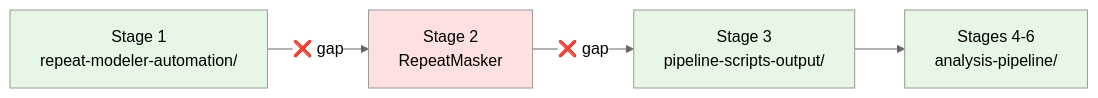
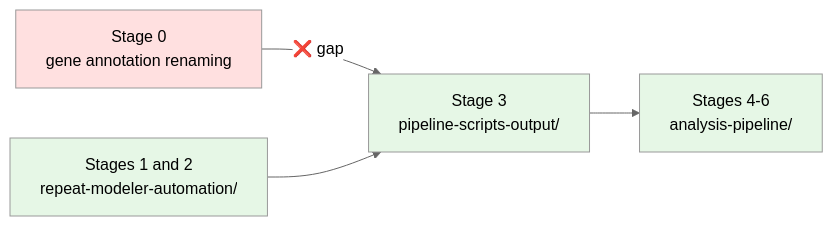
One commit to 0foo/cyp-project changed the second of 2 diagrams in docs/pipeline/simple/01-what-it-does.md. Above: the diagram before and after it, drawn with Mermaid (neutral theme). The commit also changed other lines of this file and 15 other files, not shown here.

````diff
--- a/docs/pipeline/simple/01-what-it-does.md
+++ b/docs/pipeline/simple/01-what-it-does.md
@@ -95,11 +95,11 @@
 ```mermaid
 flowchart LR
-    A["Stage 1<br/>repeat-modeler-automation/"] -->|"❌ gap"| B["Stage 2<br/>RepeatMasker"]
-    B -->|"❌ gap"| C["Stage 3<br/>pipeline-scripts-output/"]
+    Z["Stage 0<br/>gene annotation renaming"] -->|"❌ gap"| C
+    A["Stages 1 and 2<br/>repeat-modeler-automation/"] --> C["Stage 3<br/>pipeline-scripts-output/"]
     C --> D["Stages 4-6<br/>analysis-pipeline/"]
 
+    style Z fill:#ffe0e0
     style A fill:#e6f7e6
-    style B fill:#ffe0e0
     style C fill:#e6f7e6
     style D fill:#e6f7e6
 ```
````
